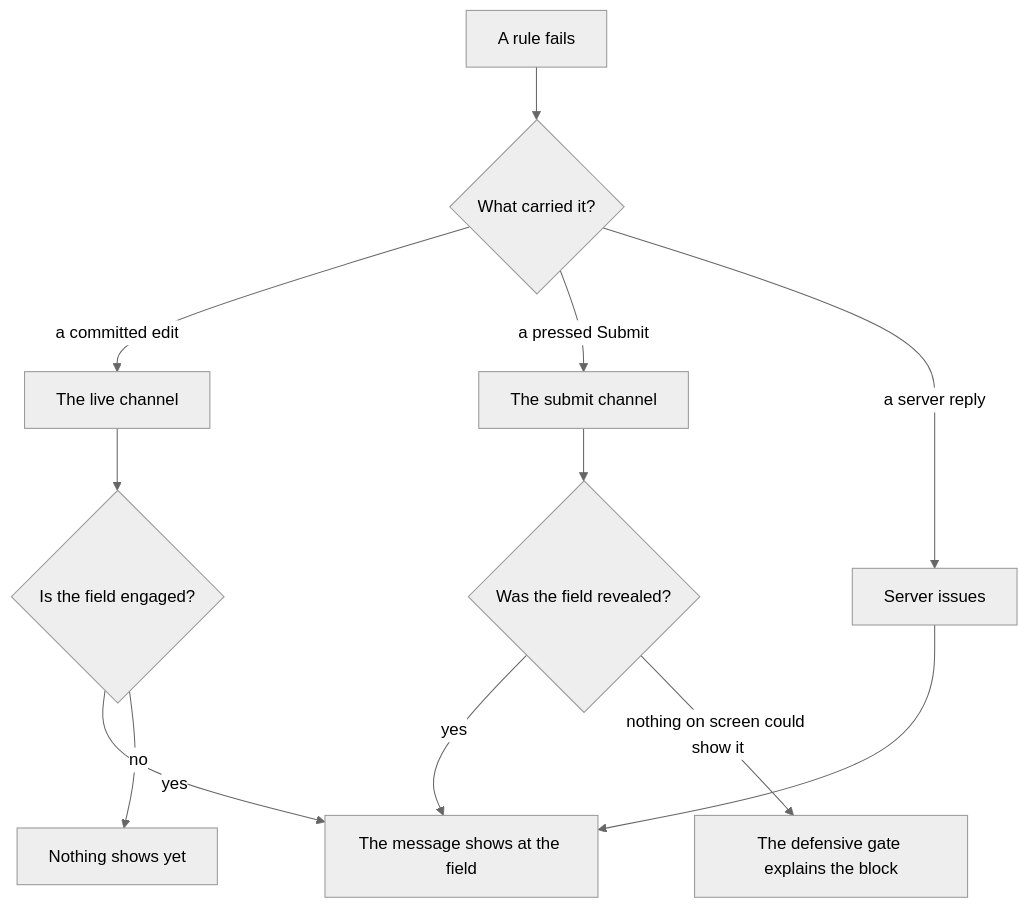
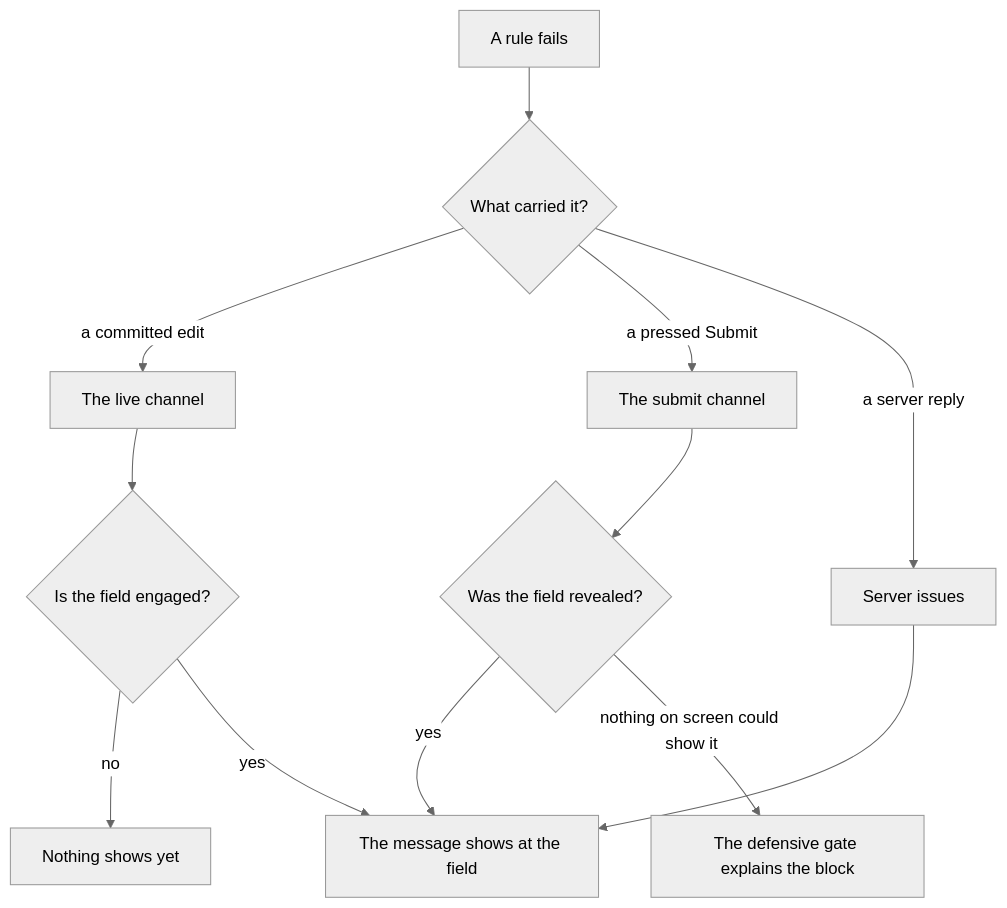
Before and after one commit to xfunc-pty-ltd/formidable: the diagram in docs/disclosure.md, drawn with Mermaid (neutral theme). The commit also changed other lines of this file and 11 other files, not shown here.

````diff
--- a/docs/disclosure.md
+++ b/docs/disclosure.md
@@ -20,14 +21,17 @@
 ```mermaid
 flowchart TD
     A["A rule fails"] --> B{"What carried it?"}
     B -- "a committed edit" --> L["The live channel"]
     B -- "a pressed Submit" --> S["The submit channel"]
     B -- "a server reply" --> V["Server issues"]
     L --> E{"Is the field engaged?"}
+    E -- "no" --> QUIET["Nothing shows yet"]
     E -- "yes" --> SHOW["The message shows at the field"]
-    E -- "no" --> QUIET["Nothing shows yet"]
     S --> R{"Was the field revealed?"}
     R -- "yes" --> SHOW
     R -- "nothing on screen could show it" --> G["The defensive gate explains the block"]
     V --> SHOW
+    %% An invisible link holds the live branch left of the submit branch, which keeps the
+    %% columns in the order the prose introduces them.
+    L ~~~ R
 ```
````
